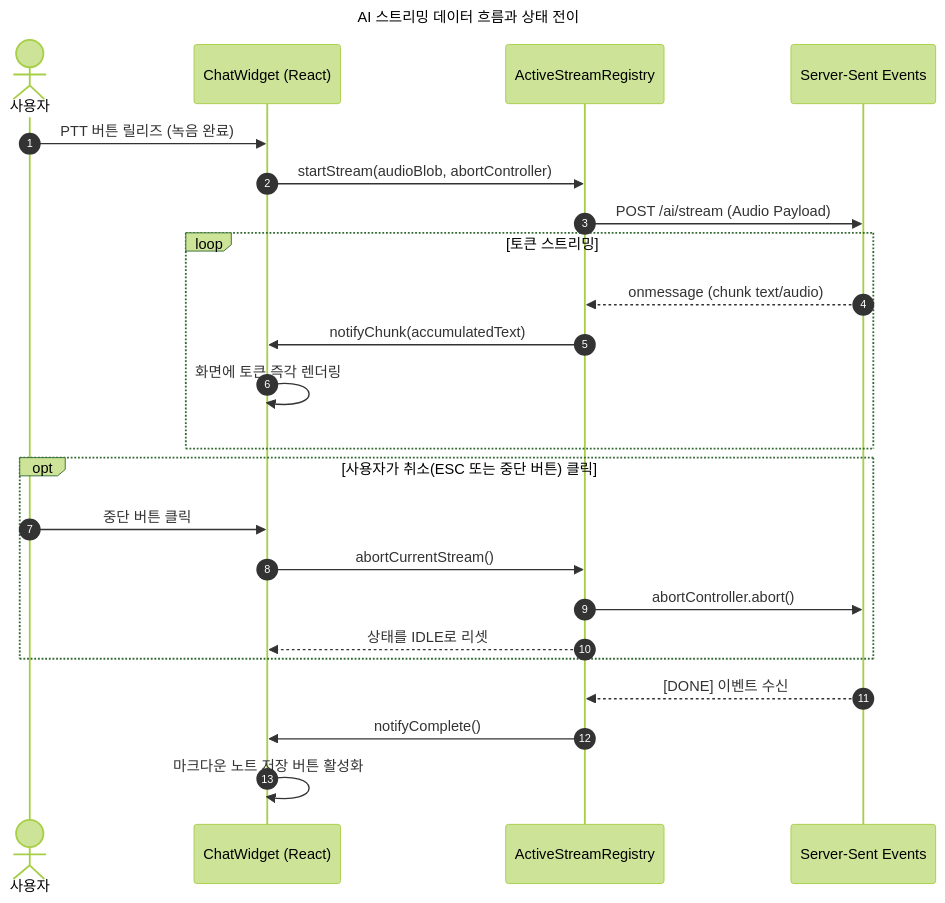
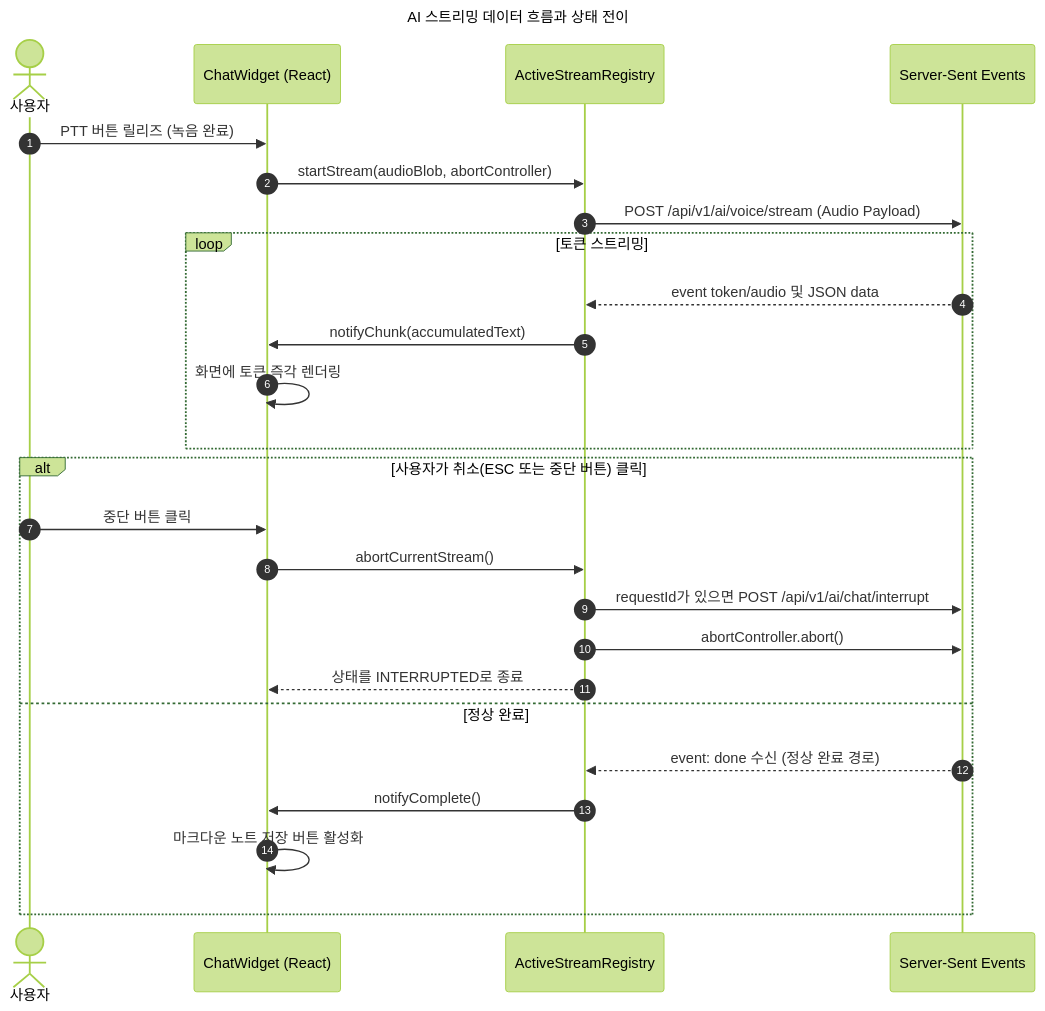
One commit to lkh-space/my-space-docs changed the diagram in frontend/fe-005-state-management.md. Above: the diagram before and after it, drawn with Mermaid (forest theme). The commit also changed other lines of this file and 7 other files, not shown here.

````diff
--- a/frontend/fe-005-state-management.md
+++ b/frontend/fe-005-state-management.md
@@ -112,29 +118,31 @@
 ```mermaid
 ---
 title: AI 스트리밍 데이터 흐름과 상태 전이
 ---
 sequenceDiagram
   autonumber
   actor User as 사용자
   participant UI as ChatWidget (React)
   participant Reg as ActiveStreamRegistry
   participant SSE as Server-Sent Events
 
   User->>UI: PTT 버튼 릴리즈 (녹음 완료)
   UI->>Reg: startStream(audioBlob, abortController)
-  Reg->>SSE: POST /ai/stream (Audio Payload)
+  Reg->>SSE: POST /api/v1/ai/voice/stream (Audio Payload)
   loop 토큰 스트리밍
-    SSE-->>Reg: onmessage (chunk text/audio)
+    SSE-->>Reg: event token/audio 및 JSON data
     Reg->>UI: notifyChunk(accumulatedText)
     UI->>UI: 화면에 토큰 즉각 렌더링
   end
-  opt 사용자가 취소(ESC 또는 중단 버튼) 클릭
+  alt 사용자가 취소(ESC 또는 중단 버튼) 클릭
     User->>UI: 중단 버튼 클릭
     UI->>Reg: abortCurrentStream()
-    Reg->>SSE: abortController.abort()
-    Reg-->>UI: 상태를 IDLE로 리셋
-  end
-  SSE-->>Reg: [DONE] 이벤트 수신
+    Reg->>SSE: requestId가 있으면 POST /api/v1/ai/chat/interrupt
+  Reg->>SSE: abortController.abort()
+    Reg-->>UI: 상태를 INTERRUPTED로 종료
+  else 정상 완료
+  SSE-->>Reg: event: done 수신 (정상 완료 경로)
   Reg->>UI: notifyComplete()
   UI->>UI: 마크다운 노트 저장 버튼 활성화
+  end
 ```
````
